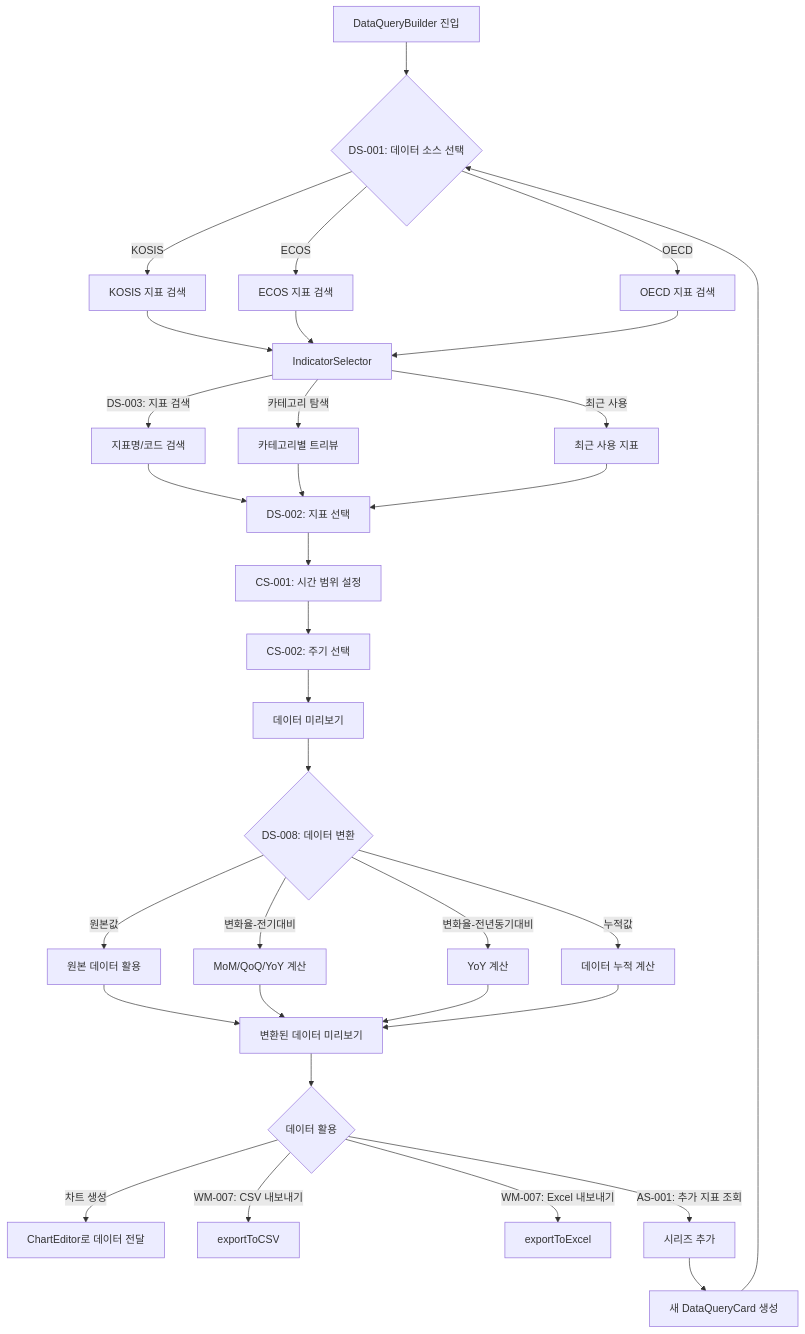
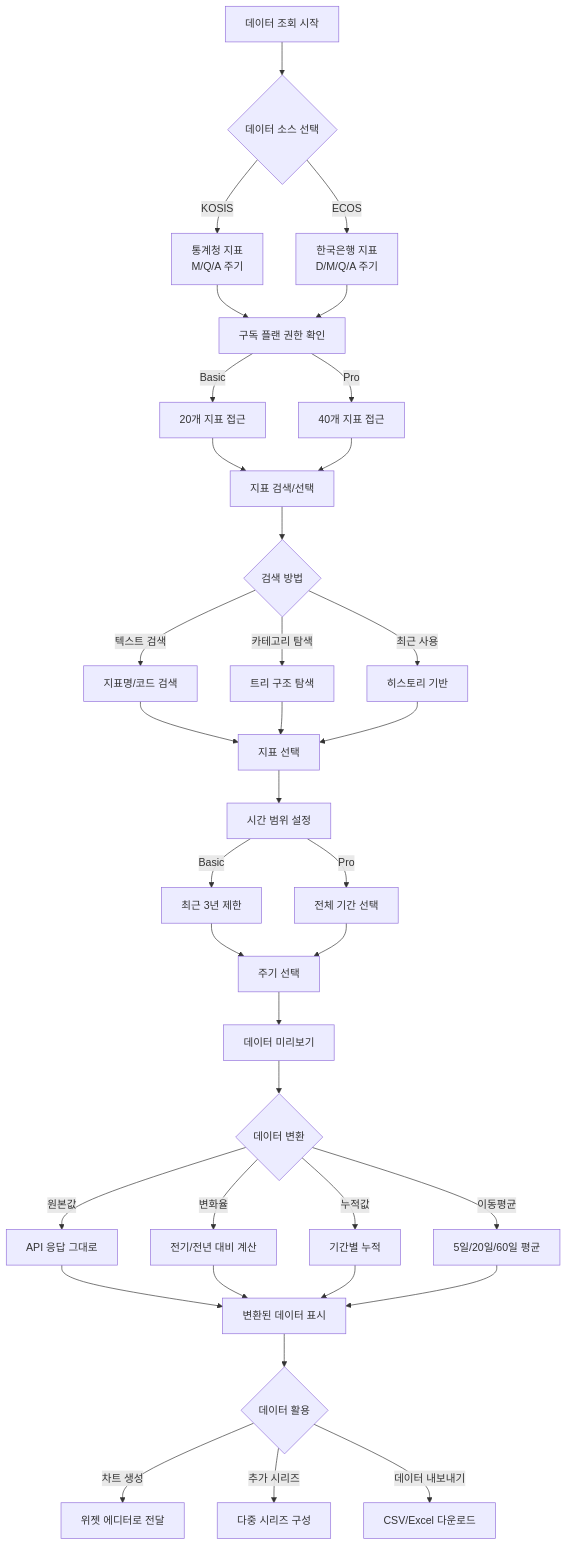
One commit to Seungwoo321/etorch-docs changed the fifth of 14 diagrams in ui-design/user-flows.md. Above: the diagram before and after it, drawn with Mermaid. The commit also changed other lines of this file, not shown here.

````diff
--- a/ui-design/user-flows.md
+++ b/ui-design/user-flows.md
@@ -368,43 +221,46 @@
 ```mermaid
 flowchart TD
-    A[DataQueryBuilder 진입] --> B{DS-001: 데이터 소스 선택}
-    B -->|KOSIS| C1[KOSIS 지표 검색]
-    B -->|ECOS| C2[ECOS 지표 검색]
-    B -->|OECD| C3[OECD 지표 검색]
+    A[데이터 조회 시작] --> B{데이터 소스 선택}
+    B -->|KOSIS| C1[통계청 지표<br/>M/Q/A 주기]
+    B -->|ECOS| C2[한국은행 지표<br/>D/M/Q/A 주기]
     
-    C1 --> D[IndicatorSelector]
+    C1 --> D[구독 플랜 권한 확인]
     C2 --> D
-    C3 --> D
+    D -->|Basic| E1[20개 지표 접근]
+    D -->|Pro| E2[40개 지표 접근]
     
-    D -->|DS-003: 지표 검색| E1[지표명/코드 검색]
-    D -->|카테고리 탐색| E2[카테고리별 트리뷰]
-    D -->|최근 사용| E3[최근 사용 지표]
+    E1 --> F[지표 검색/선택]
+    E2 --> F
+    F --> G{검색 방법}
+    G -->|텍스트 검색| H1[지표명/코드 검색]
+    G -->|카테고리 탐색| H2[트리 구조 탐색]
+    G -->|최근 사용| H3[히스토리 기반]
     
-    E1 --> F[DS-002: 지표 선택]
-    E2 --> F
-    E3 --> F
+    H1 --> I[지표 선택]
+    H2 --> I
+    H3 --> I
     
-    F --> G[CS-001: 시간 범위 설정]
-    G --> H[CS-002: 주기 선택]
-    H --> I[데이터 미리보기]
+    I --> J[시간 범위 설정]
+    J -->|Basic| K1[최근 3년 제한]
+    J -->|Pro| K2[전체 기간 선택]
     
-    I --> J{DS-008: 데이터 변환}
-    J -->|원본값| K1[원본 데이터 활용]
-    J -->|변화율-전기대비| K2[MoM/QoQ/YoY 계산]
-    J -->|변화율-전년동기대비| K3[YoY 계산]
-    J -->|누적값| K4[데이터 누적 계산]
+    K1 --> L[주기 선택]
+    K2 --> L
+    L --> M[데이터 미리보기]
     
-    K1 --> L[변환된 데이터 미리보기]
-    K2 --> L
-    K3 --> L
-    K4 --> L
+    M --> N{데이터 변환}
+    N -->|원본값| O1[API 응답 그대로]
+    N -->|변화율| O2[전기/전년 대비 계산]
+    N -->|누적값| O3[기간별 누적]
+    N -->|이동평균| O4[5일/20일/60일 평균]
     
-    L --> M{데이터 활용}
-    M -->|차트 생성| N1[ChartEditor로 데이터 전달]
-    M -->|WM-007: CSV 내보내기| N2[exportToCSV]
-    M -->|WM-007: Excel 내보내기| N3[exportToExcel]
-    M -->|AS-001: 추가 지표 조회| O[시리즈 추가]
+    O1 --> P[변환된 데이터 표시]
+    O2 --> P
+    O3 --> P
+    O4 --> P
     
-    O --> P[새 DataQueryCard 생성]
-    P --> B
+    P --> Q{데이터 활용}
+    Q -->|차트 생성| R1[위젯 에디터로 전달]
+    Q -->|추가 시리즈| R2[다중 시리즈 구성]
+    Q -->|데이터 내보내기| R3[CSV/Excel 다운로드]
 ```
````
